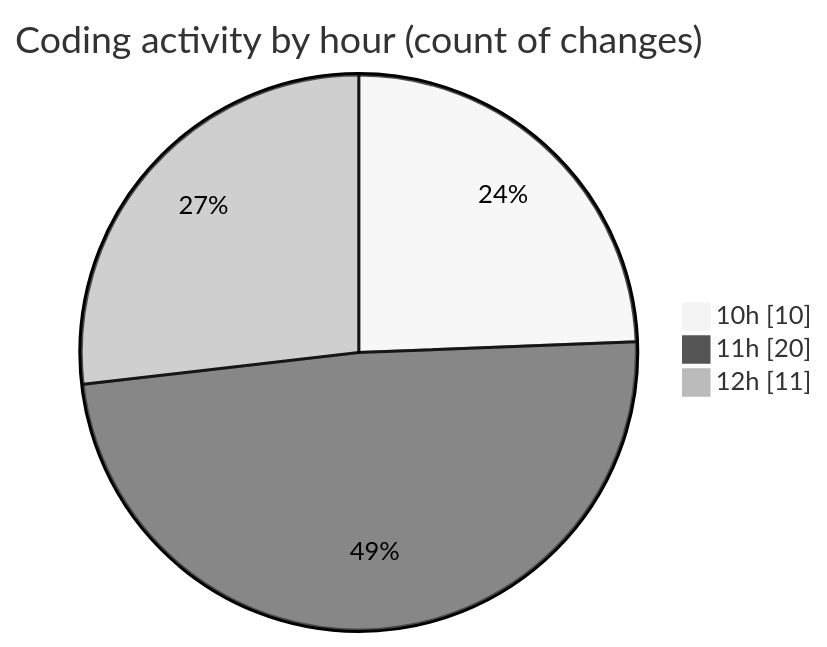
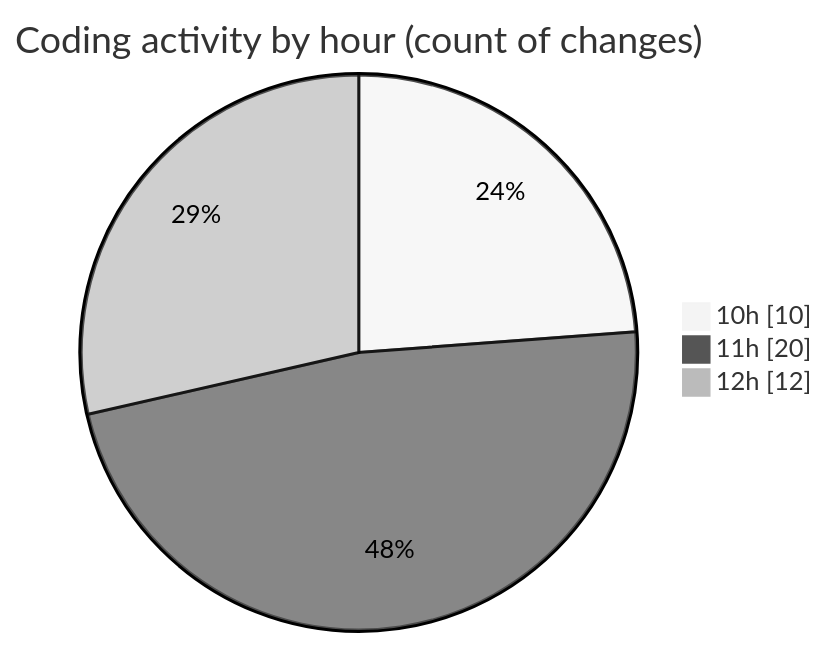
One commit to BS-eng2023/code-tracking changed the second of 2 diagrams in 2025-03-31/jsvms/README.md. Above: the diagram before and after it, drawn with Mermaid (neutral theme). The commit also changed other lines of this file and 1 other file, not shown here.

````diff
--- a/2025-03-31/jsvms/README.md
+++ b/2025-03-31/jsvms/README.md
@@ -44,7 +44,7 @@
 ```mermaid
 pie showData
 title Coding activity by hour (count of changes)
 "10h" : 10
 "11h" : 20
-"12h" : 11
+"12h" : 12
 ```
````
